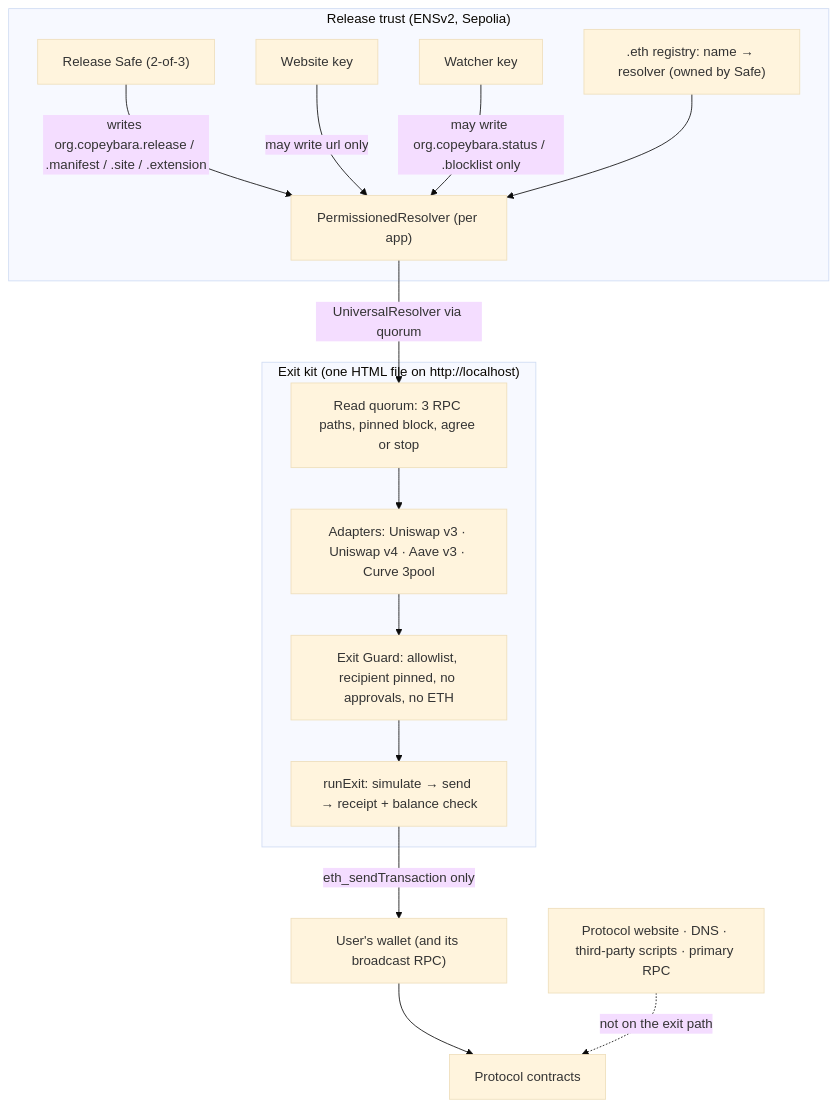
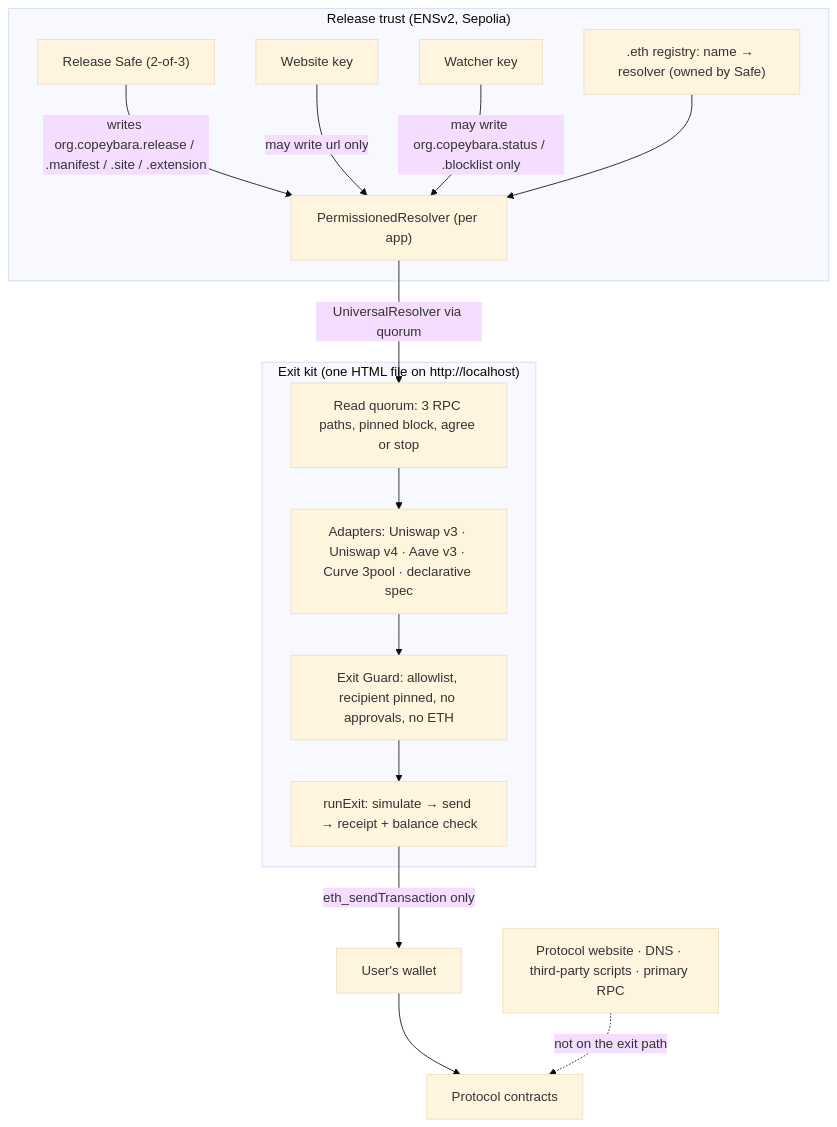
One commit to Harman206/HACKETH-MUMBAI changed the diagram in README.md. Above: the diagram before and after it, drawn with Mermaid (base theme). The commit also changed other lines of this file and 3 other files, not shown here.

````diff
--- a/README.md
+++ b/README.md
@@ -157,19 +224,19 @@
 ```mermaid
 flowchart TB
   subgraph Release["Release trust (ENSv2, Sepolia)"]
     SAFE["Release Safe (2-of-3)"] -->|"writes org.copeybara.release / .manifest / .site / .extension"| RES["PermissionedResolver (per app)"]
     WEB["Website key"] -->|"may write url only"| RES
     WAT["Watcher key"] -->|"may write org.copeybara.status / .blocklist only"| RES
     REG[".eth registry: name → resolver (owned by Safe)"] --> RES
   end
   subgraph Kit["Exit kit (one HTML file on http://localhost)"]
     Q["Read quorum: 3 RPC paths, pinned block, agree or stop"]
-    A["Adapters: Uniswap v3 · Uniswap v4 · Aave v3 · Curve 3pool"]
+    A["Adapters: Uniswap v3 · Uniswap v4 · Aave v3 · Curve 3pool · declarative spec"]
     G["Exit Guard: allowlist, recipient pinned, no approvals, no ETH"]
     X["runExit: simulate → send → receipt + balance check"]
   end
   RES -->|"UniversalResolver via quorum"| Q --> A --> G --> X
-  X -->|"eth_sendTransaction only"| W["User's wallet (and its broadcast RPC)"]
+  X -->|"eth_sendTransaction only"| W["User's wallet"]
   W --> C["Protocol contracts"]
   SITE["Protocol website · DNS · third-party scripts · primary RPC"] -.->|"not on the exit path"| C
 ```
````
